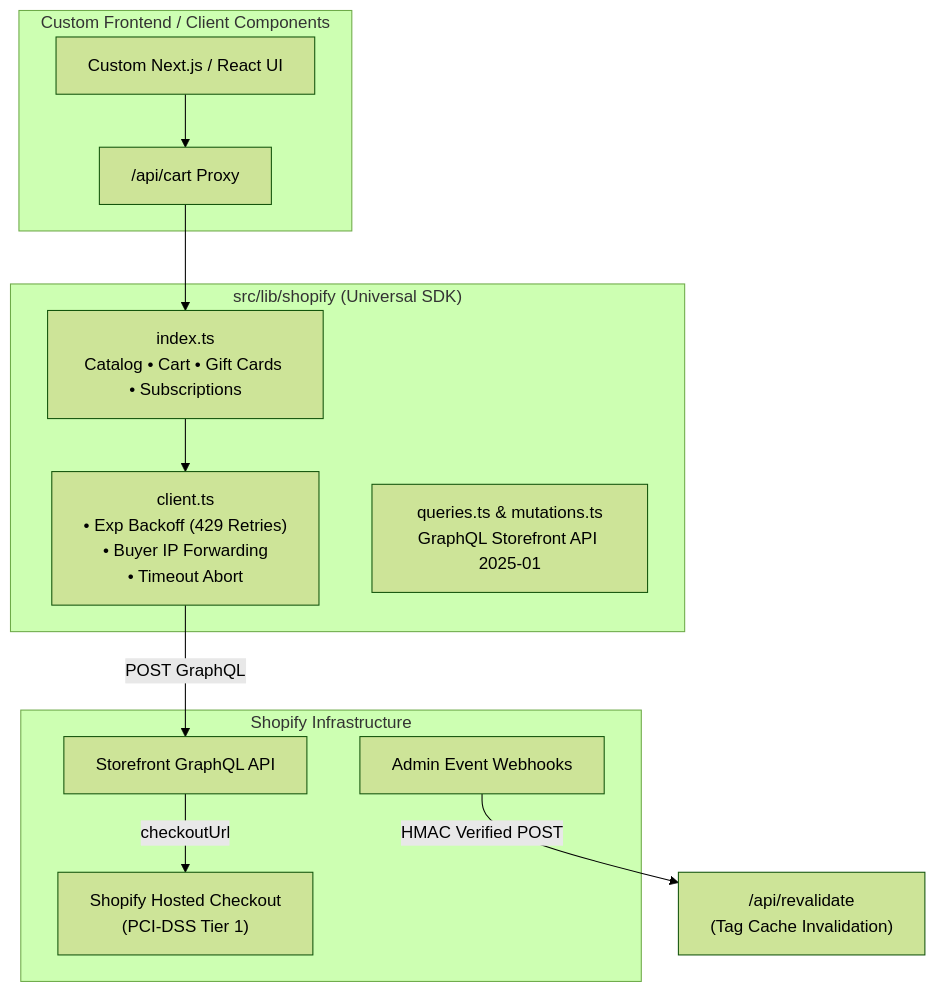
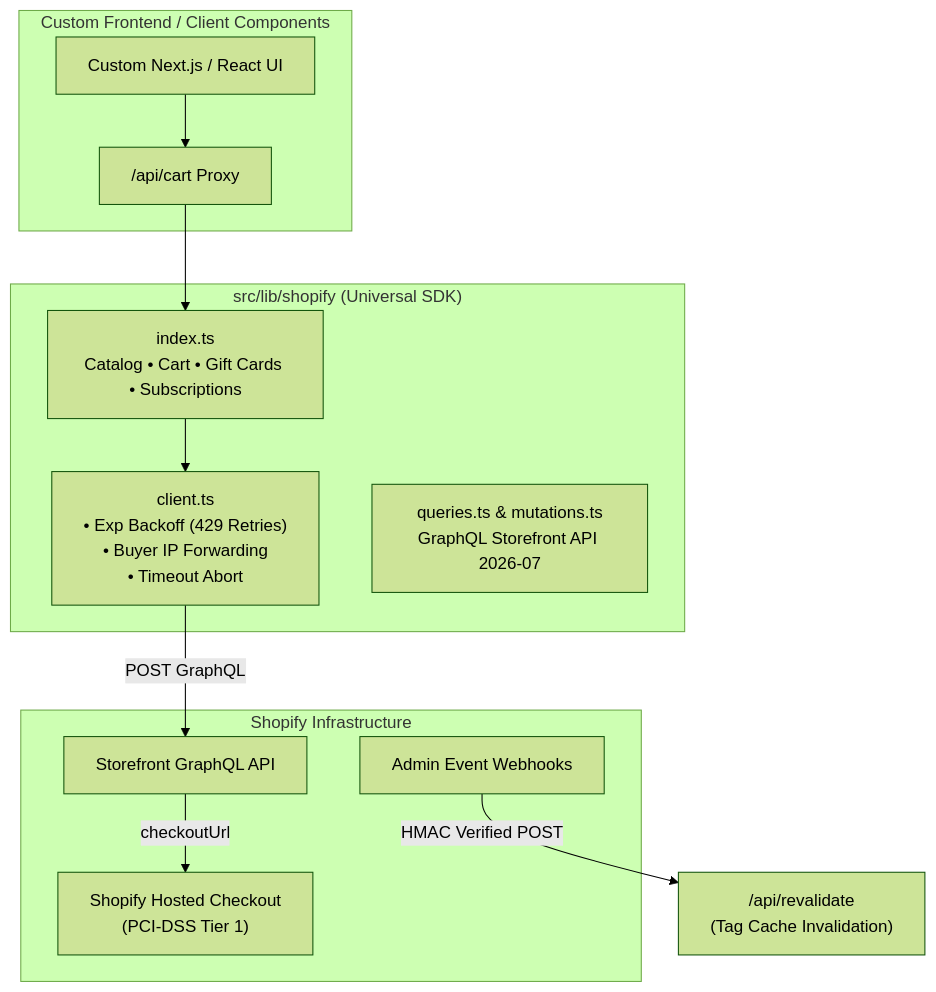
Before and after one commit to zew0z/shopify-headless-nextjs: the diagram in README.md, drawn with Mermaid (forest theme). The commit also changed other lines of this file and 15 other files, not shown here.

First line of the commit message:
feat(sdk): move the Storefront API default to 2026-07 and fix three queries Shopify rejects

````diff
--- a/README.md
+++ b/README.md
@@ -13,26 +13,26 @@
 ```mermaid
 flowchart TD
     subgraph Client ["Custom Frontend / Client Components"]
         UI[Custom Next.js / React UI]
         API_PROXY["/api/cart Proxy"]
     end
 
     subgraph Backend_SDK ["src/lib/shopify (Universal SDK)"]
         CLIENT["client.ts\n• Exp Backoff (429 Retries)\n• Buyer IP Forwarding\n• Timeout Abort"]
         SDK["index.ts\nCatalog • Cart • Gift Cards • Subscriptions"]
-        QUERIES["queries.ts & mutations.ts\nGraphQL Storefront API 2025-01"]
+        QUERIES["queries.ts & mutations.ts\nGraphQL Storefront API 2026-07"]
     end
 
     subgraph Shopify_Cloud ["Shopify Infrastructure"]
         STOREFRONT["Storefront GraphQL API"]
         CHECKOUT["Shopify Hosted Checkout\n(PCI-DSS Tier 1)"]
         WEBHOOKS["Admin Event Webhooks"]
     end
 
     UI --> API_PROXY
     API_PROXY --> SDK
     SDK --> CLIENT
     CLIENT -->|POST GraphQL| STOREFRONT
     STOREFRONT -->|checkoutUrl| CHECKOUT
     WEBHOOKS -->|HMAC Verified POST| REVALIDATE["/api/revalidate\n(Tag Cache Invalidation)"]
 ```
````
